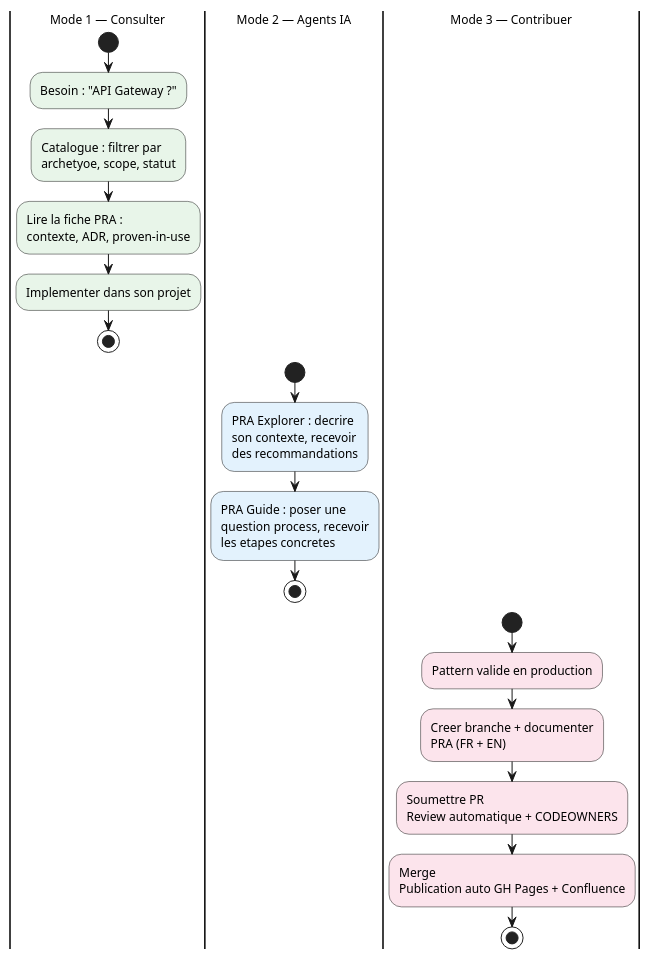
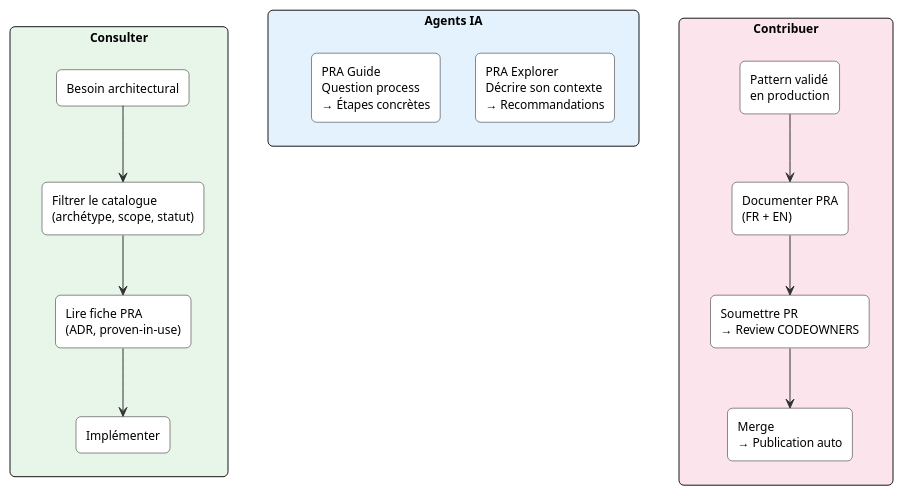
One commit to KiyaliHQ/proven-reusable-architecture changed the second of 7 diagrams in content/pras/fr/overview.adoc. Above: the diagram before and after it, drawn with PlantUML. The commit also changed other lines of this file and 1 other file, not shown here.

First line of the commit message:
fix: improve PlantUML diagrams for stakeholder presentation

```diff
--- a/content/pras/fr/overview.adoc
+++ b/content/pras/fr/overview.adoc
@@ -66,38 +55,39 @@
 [plantuml]
 ----
 @startuml
 skinparam backgroundColor transparent
+skinparam defaultFontName "Segoe UI"
 skinparam defaultFontSize 12
+skinparam shadowing false
+skinparam roundCorner 10
+skinparam ArrowColor #333333
 
-|Mode 1 — Consulter|
-start
-#e8f5e9:Besoin : "API Gateway ?";
-#e8f5e9:Catalogue : filtrer par
-archetyoe, scope, statut;
-#e8f5e9:Lire la fiche PRA :
-contexte, ADR, proven-in-use;
-#e8f5e9:Implementer dans son projet;
-stop
+rectangle "Consulter" as c1 #e8f5e9 {
+  rectangle "Besoin architectural" as c1a #ffffff
+  rectangle "Filtrer le catalogue\n(archétype, scope, statut)" as c1b #ffffff
+  rectangle "Lire fiche PRA\n(ADR, proven-in-use)" as c1c #ffffff
+  rectangle "Implémenter" as c1d #ffffff
+  c1a -down-> c1b
+  c1b -down-> c1c
+  c1c -down-> c1d
+}
 
-|Mode 2 — Agents IA|
-start
-#e3f2fd:PRA Explorer : decrire
-son contexte, recevoir
-des recommandations;
-#e3f2fd:PRA Guide : poser une
-question process, recevoir
-les etapes concretes;
-stop
+rectangle "Agents IA" as c2 #e3f2fd {
+  rectangle "PRA Explorer\nDécrire son contexte\n→ Recommandations" as c2a #ffffff
+  rectangle "PRA Guide\nQuestion process\n→ Étapes concrètes" as c2b #ffffff
+}
 
-|Mode 3 — Contribuer|
-start
-#fce4ec:Pattern valide en production;
-#fce4ec:Creer branche + documenter
-PRA (FR + EN);
-#fce4ec:Soumettre PR
-Review automatique + CODEOWNERS;
-#fce4ec:Merge
-Publication auto GH Pages + Confluence;
-stop
+rectangle "Contribuer" as c3 #fce4ec {
+  rectangle "Pattern validé\nen production" as c3a #ffffff
+  rectangle "Documenter PRA\n(FR + EN)" as c3b #ffffff
+  rectangle "Soumettre PR\n→ Review CODEOWNERS" as c3c #ffffff
+  rectangle "Merge\n→ Publication auto" as c3d #ffffff
+  c3a -down-> c3b
+  c3b -down-> c3c
+  c3c -down-> c3d
+}
+
+c1 -[hidden]right-> c2
+c2 -[hidden]right-> c3
 @enduml
 ----
```
